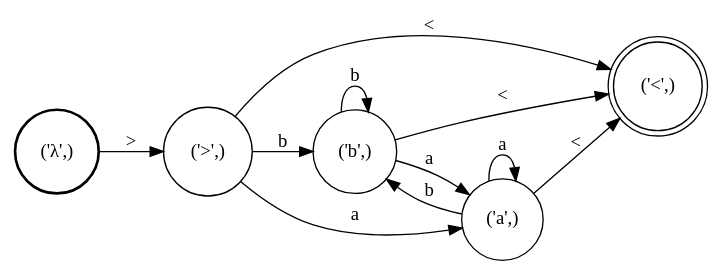
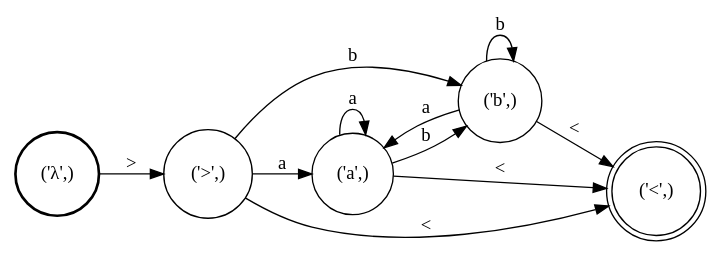
One commit to colincwilson/statgram changed the diagram in demo/A_left.dot. Above: the diagram before and after it, drawn with Graphviz. The commit also changed 10 other files, not shown here.

```diff
--- a/demo/A_left.dot
+++ b/demo/A_left.dot
@@ -1,19 +1,19 @@
 digraph G {
 rankdir=LR;
 node [shape=circle]
-0 [shape=doublecircle label="('<',)"]
-1 [label="('b',)"]
-2 [label="('>',)"]
-3 [label="('a',)"]
+0 [label="('a',)"]
+1 [label="('>',)"]
+2 [shape=doublecircle label="('<',)"]
+3 [label="('b',)"]
 4 [style=bold label="('λ',)"]
-3 -> 3 [label="a"]
-1 -> 3 [label="a"]
-3 -> 1 [label="b"]
-3 -> 0 [label="<"]
-1 -> 1 [label="b"]
-1 -> 0 [label="<"]
-4 -> 2 [label=">"]
-2 -> 3 [label="a"]
-2 -> 1 [label="b"]
-2 -> 0 [label="<"]
+0 -> 0 [label="a"]
+3 -> 3 [label="b"]
+0 -> 3 [label="b"]
+1 -> 3 [label="b"]
+3 -> 0 [label="a"]
+4 -> 1 [label=">"]
+1 -> 0 [label="a"]
+3 -> 2 [label="<"]
+0 -> 2 [label="<"]
+1 -> 2 [label="<"]
 }
```
